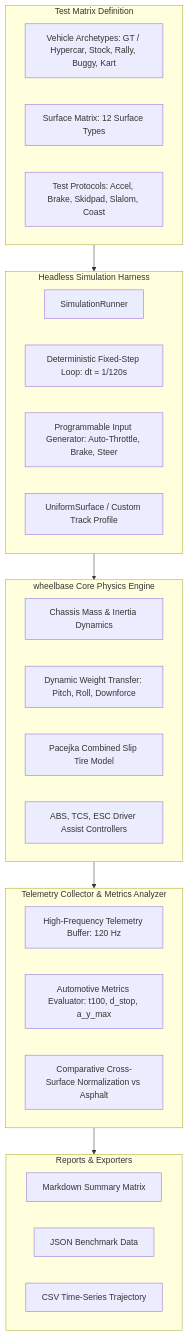
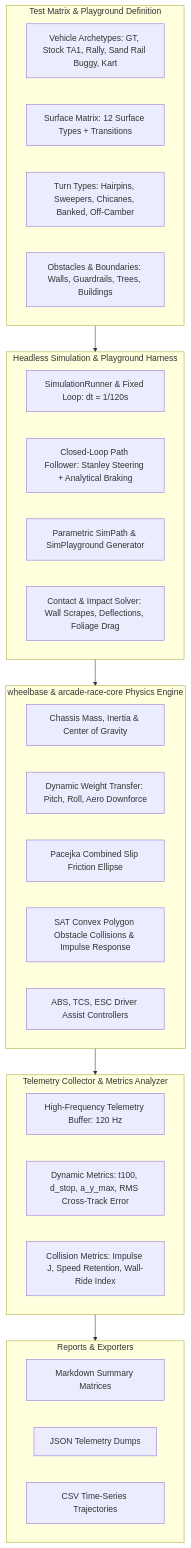
The second of 2 diagrams in specs/010_surface_car_interaction_simulation.md (magomar/tdrace), drawn with Mermaid before and after one commit. The commit also changed other lines of this file and 1 other file, not shown here.

Commit message:
docs(spec): expand Spec 010 with experimental playground, turn types, and obstacle wall contacts

````diff
--- a/specs/010_surface_car_interaction_simulation.md
+++ b/specs/010_surface_car_interaction_simulation.md
@@ -39,39 +40,41 @@
 ```mermaid
 flowchart TD
-    subgraph Config ["Test Matrix Definition"]
-        A[Vehicle Archetypes: GT / Hypercar, Stock, Rally, Buggy, Kart]
-        B[Surface Matrix: 12 Surface Types]
-        C[Test Protocols: Accel, Brake, Skidpad, Slalom, Coast]
+    subgraph Config ["Test Matrix & Playground Definition"]
+        A[Vehicle Archetypes: GT, Stock TA1, Rally, Sand Rail Buggy, Kart]
+        B[Surface Matrix: 12 Surface Types + Transitions]
+        C[Turn Types: Hairpins, Sweepers, Chicanes, Banked, Off-Camber]
+        D[Obstacles & Boundaries: Walls, Guardrails, Trees, Buildings]
     end
 
-    subgraph Harness ["Headless Simulation Harness"]
-        D[SimulationRunner]
-        E[Deterministic Fixed-Step Loop: dt = 1/120s]
-        F[Programmable Input Generator: Auto-Throttle, Brake, Steer]
-        G[UniformSurface / Custom Track Profile]
+    subgraph Harness ["Headless Simulation & Playground Harness"]
+        E[SimulationRunner & Fixed Loop: dt = 1/120s]
+        F[Closed-Loop Path Follower: Stanley Steering + Analytical Braking]
+        G[Parametric SimPath & SimPlayground Generator]
+        H[Contact & Impact Solver: Wall Scrapes, Deflections, Foliage Drag]
     end
 
-    subgraph CorePhysics ["wheelbase Core Physics Engine"]
-        H[Chassis Mass & Inertia Dynamics]
-        I[Dynamic Weight Transfer: Pitch, Roll, Downforce]
-        J[Pacejka Combined Slip Tire Model]
-        K[ABS, TCS, ESC Driver Assist Controllers]
+    subgraph CorePhysics ["wheelbase & arcade-race-core Physics Engine"]
+        I[Chassis Mass, Inertia & Center of Gravity]
+        J[Dynamic Weight Transfer: Pitch, Roll, Aero Downforce]
+        K[Pacejka Combined Slip Friction Ellipse]
+        L[SAT Convex Polygon Obstacle Collisions & Impulse Response]
+        M[ABS, TCS, ESC Driver Assist Controllers]
     end
 
     subgraph Telemetry ["Telemetry Collector & Metrics Analyzer"]
-        L[High-Frequency Telemetry Buffer: 120 Hz]
-        M[Automotive Metrics Evaluator: t100, d_stop, a_y_max]
-        N[Comparative Cross-Surface Normalization vs Asphalt]
+        N[High-Frequency Telemetry Buffer: 120 Hz]
+        O[Dynamic Metrics: t100, d_stop, a_y_max, RMS Cross-Track Error]
+        P[Collision Metrics: Impulse J, Speed Retention, Wall-Ride Index]
     end
 
     subgraph Output ["Reports & Exporters"]
-        O[Markdown Summary Matrix]
-        P[JSON Benchmark Data]
-        Q[CSV Time-Series Trajectory]
+        Q[Markdown Summary Matrices]
+        R[JSON Telemetry Dumps]
+        S[CSV Time-Series Trajectories]
     end
 
     Config --> Harness
     Harness --> CorePhysics
     CorePhysics --> Telemetry
     Telemetry --> Output
 ```
````
